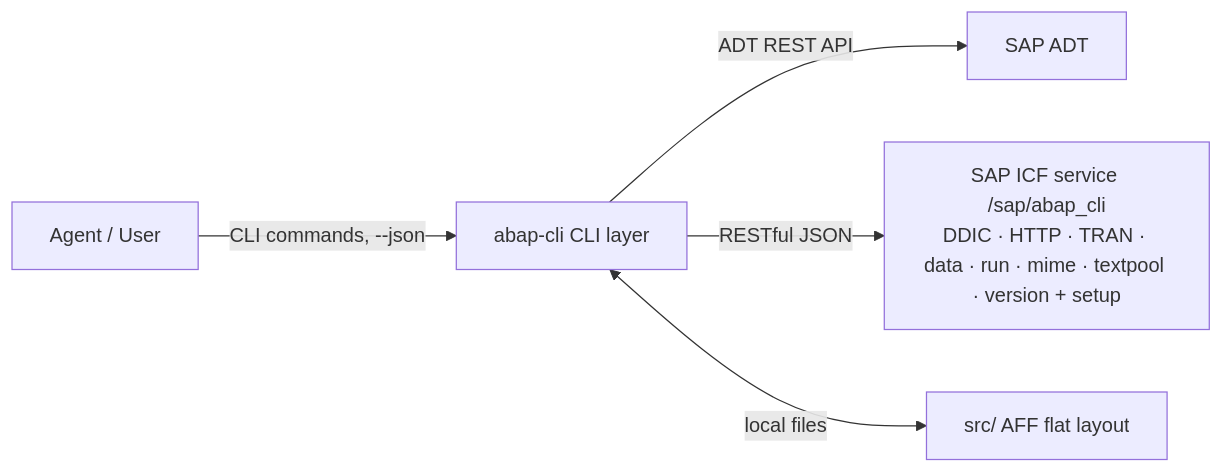
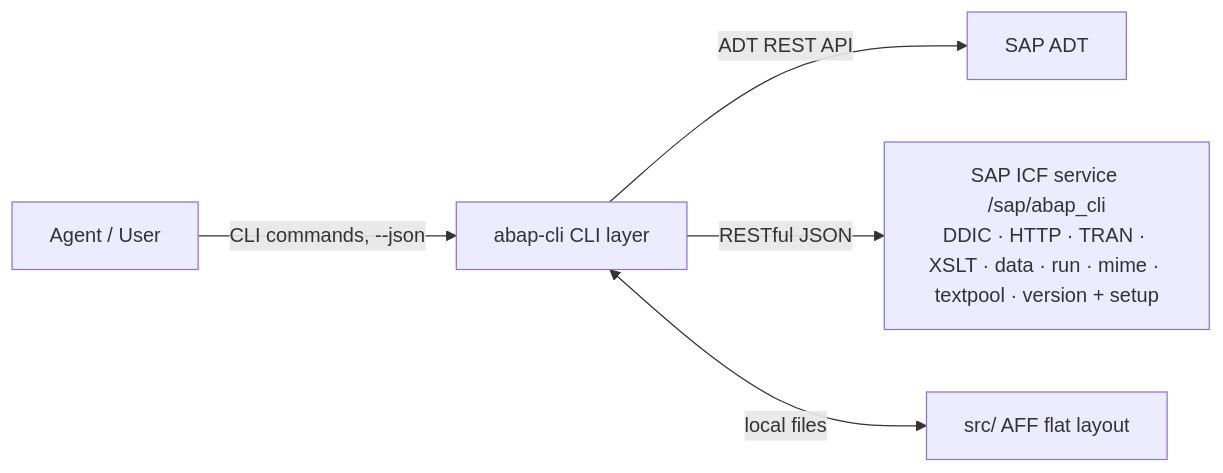
The diagram in docs/architecture.md (chunrichi/abap-cli), drawn with Mermaid before and after one commit. The commit also changed other lines of this file and 56 other files, not shown here.

First line of the commit message:
feat(xslt): add transformation type with AFF pair and ICF route (#55)

````diff
--- a/docs/architecture.md
+++ b/docs/architecture.md
@@ -13,7 +13,7 @@
 ```mermaid
 graph LR
     A[Agent / User] -->|CLI commands, --json| C[abap-cli CLI layer]
     C -->|ADT REST API| S1[SAP ADT]
-    C -->|RESTful JSON| S2[SAP ICF service /sap/abap_cli<br/>DDIC · HTTP · TRAN · data · run · mime · textpool · version + setup]
+    C -->|RESTful JSON| S2[SAP ICF service /sap/abap_cli<br/>DDIC · HTTP · TRAN · XSLT · data · run · mime · textpool · version + setup]
     C <-->|local files| F[src/ AFF flat layout]
 ```
````
